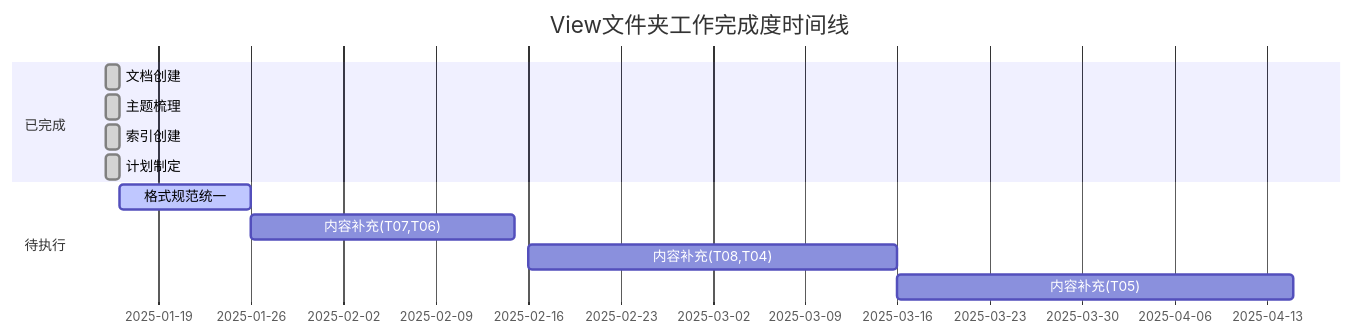
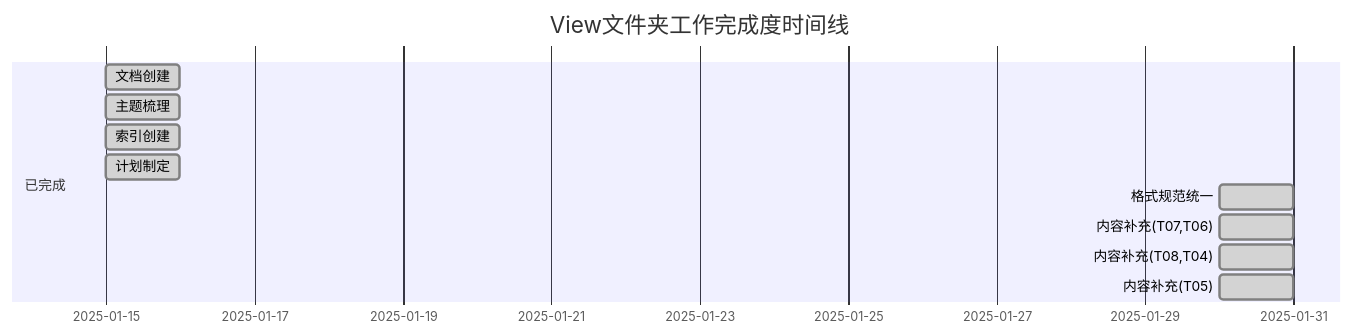
One commit to AdaMartin18010/FormalAI changed the diagram in view/VIEW_工作完成度检查清单_2025.md. Above: the diagram before and after it, drawn with Mermaid. The commit also changed other lines of this file and 59 other files, not shown here.

````diff
--- a/view/VIEW_工作完成度检查清单_2025.md
+++ b/view/VIEW_工作完成度检查清单_2025.md
@@ -239,15 +239,14 @@
 ```mermaid
 gantt
     title View文件夹工作完成度时间线
     dateFormat YYYY-MM-DD
     section 已完成
     文档创建           :done, 2025-01-15, 1d
     主题梳理           :done, 2025-01-15, 1d
     索引创建           :done, 2025-01-15, 1d
     计划制定           :done, 2025-01-15, 1d
-    section 待执行
-    格式规范统一       :active, 2025-01-16, 10d
-    内容补充(T07,T06)  :2025-01-26, 20d
-    内容补充(T08,T04)  :2025-02-16, 28d
-    内容补充(T05)      :2025-03-16, 30d
+    格式规范统一       :done, 2025-01-30, 1d
+    内容补充(T07,T06)  :done, 2025-01-30, 1d
+    内容补充(T08,T04)  :done, 2025-01-30, 1d
+    内容补充(T05)      :done, 2025-01-30, 1d
 ```
````
